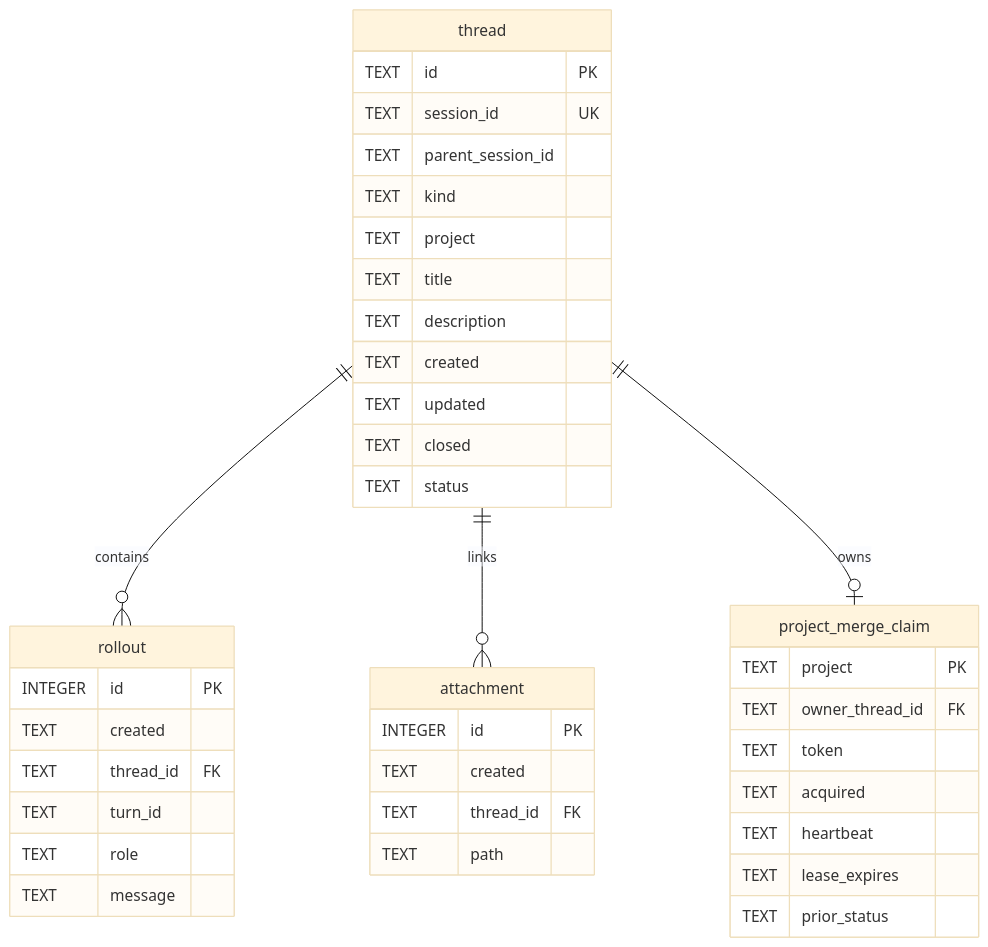
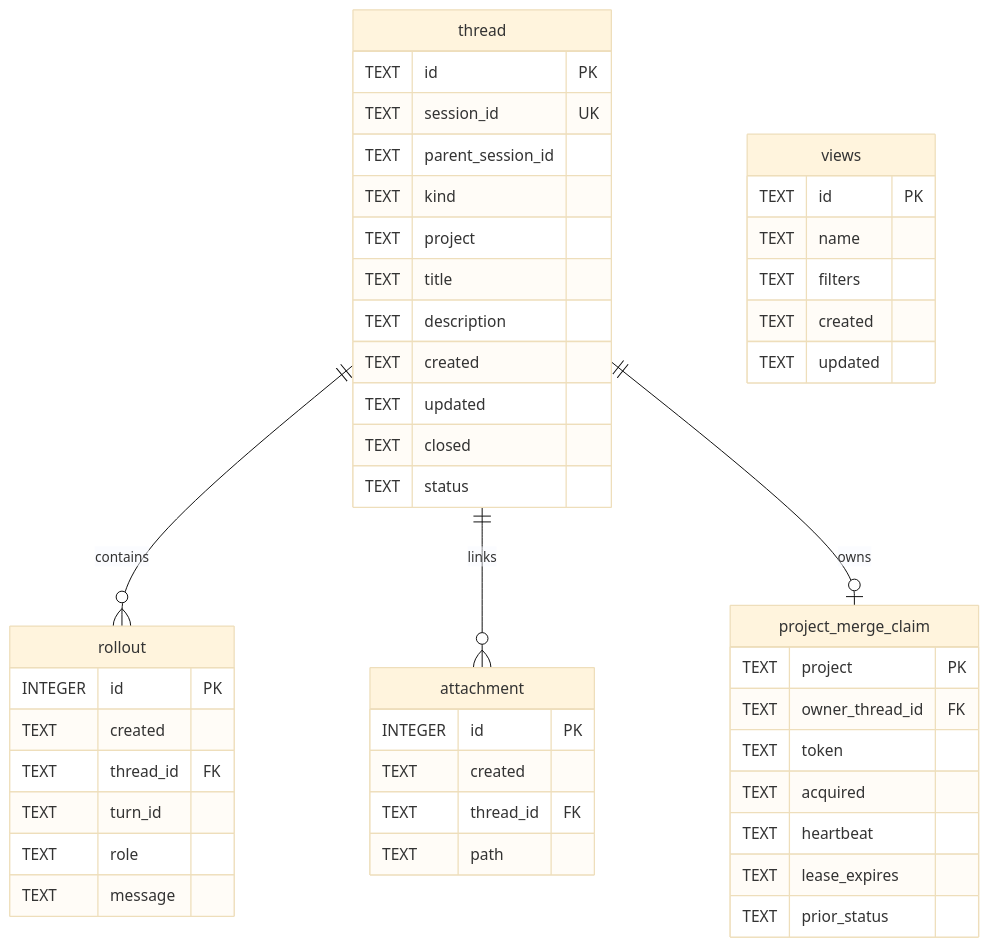
The first of 2 diagrams in active/agtask/docs/data_model.md (kevinslin/agstack), drawn with Mermaid (base theme) before and after one commit. The commit also changed other lines of this file and 8 other files, not shown here.

````diff
--- a/active/agtask/docs/data_model.md
+++ b/active/agtask/docs/data_model.md
@@ -31,42 +32,49 @@
 ```mermaid
 erDiagram
     thread ||--o{ rollout : contains
     thread ||--o{ attachment : links
     thread ||--o| project_merge_claim : owns
+    views {
+        TEXT id PK
+        TEXT name
+        TEXT filters
+        TEXT created
+        TEXT updated
+    }
     thread {
         TEXT id PK
         TEXT session_id UK
         TEXT parent_session_id
         TEXT kind
         TEXT project
         TEXT title
         TEXT description
         TEXT created
         TEXT updated
         TEXT closed
         TEXT status
     }
     rollout {
         INTEGER id PK
         TEXT created
         TEXT thread_id FK
         TEXT turn_id
         TEXT role
         TEXT message
     }
     attachment {
         INTEGER id PK
         TEXT created
         TEXT thread_id FK
         TEXT path
     }
     project_merge_claim {
         TEXT project PK
         TEXT owner_thread_id FK
         TEXT token
         TEXT acquired
         TEXT heartbeat
         TEXT lease_expires
         TEXT prior_status
     }
 ```
````
